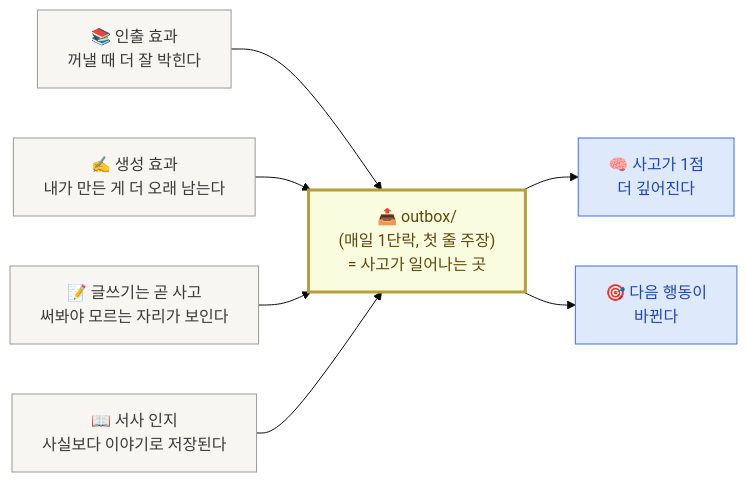
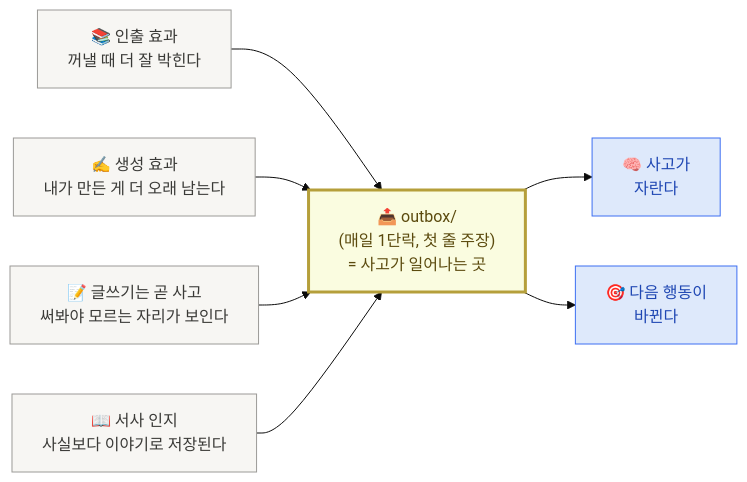
Before and after one commit to imakerjun/ai-learning-agent-workshop: the second of 2 diagrams in content/mechanism.mdx, drawn with Mermaid (base theme). The commit also changed other lines of this file and 12 other files, not shown here.

````diff
--- a/content/mechanism.mdx
+++ b/content/mechanism.mdx
@@ -96,26 +122,26 @@
 ```mermaid
 flowchart LR
     R["📚 인출 효과<br/>꺼낼 때 더 잘 박힌다"]
     G["✍️ 생성 효과<br/>내가 만든 게 더 오래 남는다"]
     A["📝 글쓰기는 곧 사고<br/>써봐야 모르는 자리가 보인다"]
     N["📖 서사 인지<br/>사실보다 이야기로 저장된다"]
 
     Out["📤 outbox/<br/>(매일 1단락, 첫 줄 주장)<br/>= 사고가 일어나는 곳"]
 
-    Think["🧠 사고가 1점<br/>더 깊어진다"]
+    Think["🧠 사고가<br/>자란다"]
     Act["🎯 다음 행동이<br/>바뀐다"]
 
     R --> Out
     G --> Out
     A --> Out
     N --> Out
     Out --> Think
     Out --> Act
 
     classDef src fill:#f7f6f3,stroke:#9b9a97,color:#3a3a37
     classDef out fill:#fafce0,stroke:#b59f3b,stroke-width:3px,color:#5b4a0e
     classDef result fill:#dee9fb,stroke:#3d6ff2,color:#1f47b3
     class R,G,A,N src
     class Out out
     class Think,Act result
 ```
````
